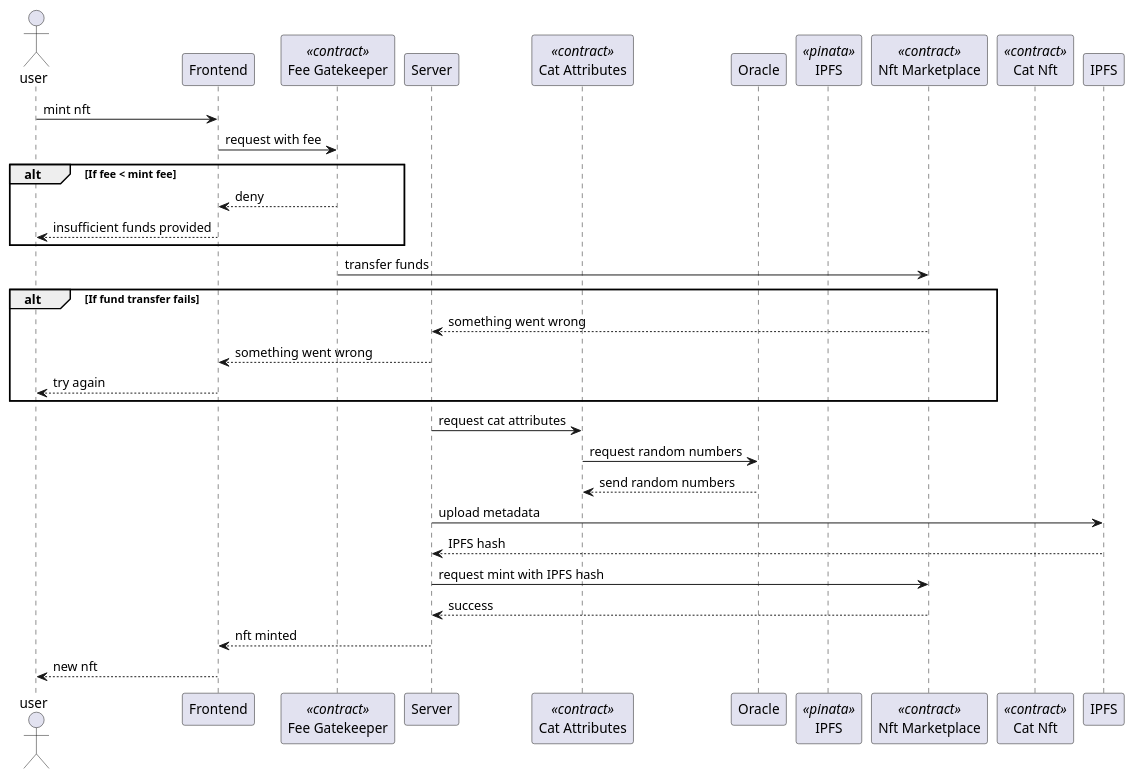
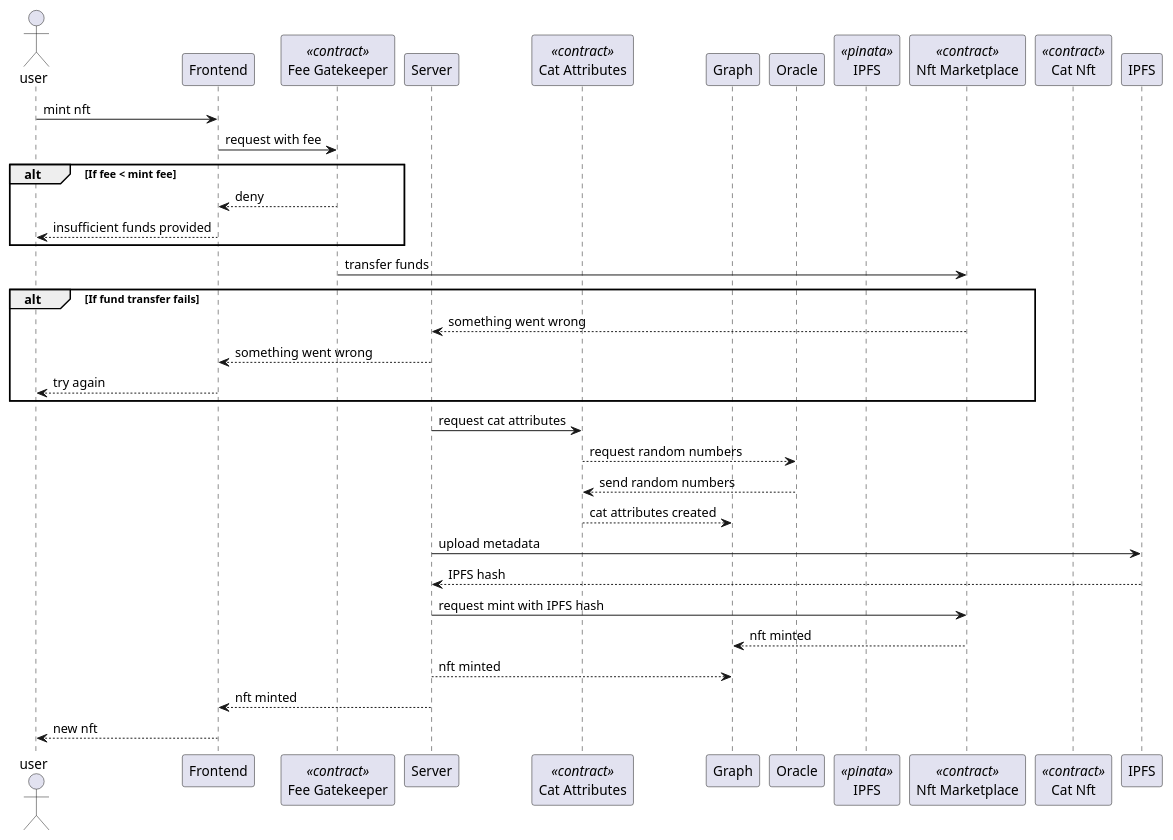
One commit to tmpoe/soa-nft-marketplace changed the diagram in docs/backend_heavy_sequence_diagram.md. Above: the diagram before and after it, drawn with PlantUML.

Commit message:
Update doc to include graph

````diff
--- a/docs/backend_heavy_sequence_diagram.md
+++ b/docs/backend_heavy_sequence_diagram.md
@@ -1,44 +1,48 @@
 ```plantuml
 @startuml
 actor user
 participant Frontend as frontend
 participant "Fee Gatekeeper" as fee_gatekeeper <<contract>>
 participant "Server" as server
 participant "Cat Attributes" as cat_attributes <<contract>>
+participant "Graph" as graph
 participant "Oracle" as oracle
 participant "IPFS" as ipfs <<pinata>>
 participant "Nft Marketplace" as nft_marketplace <<contract>>
 participant "Cat Nft" as cat_nft <<contract>>
 
 user -> frontend : mint nft
 frontend -> fee_gatekeeper : request with fee
 
 alt If fee < mint fee
     fee_gatekeeper --> frontend : deny
     frontend --> user : insufficient funds provided
 end
 
 fee_gatekeeper -> nft_marketplace : transfer funds
 
 alt If fund transfer fails
     nft_marketplace --> server : something went wrong
     server --> frontend : something went wrong
     frontend --> user : try again
 end
 
 server -> cat_attributes : request cat attributes
-cat_attributes -> oracle : request random numbers
+cat_attributes --> oracle : request random numbers
+
 oracle --> cat_attributes : send random numbers
+cat_attributes --> graph : cat attributes created
 
 server -> IPFS : upload metadata
 IPFS --> server : IPFS hash
 
 ' No error handling here for now
 server -> nft_marketplace : request mint with IPFS hash
-nft_marketplace --> server : success
+nft_marketplace --> graph : nft minted
+server --> graph : nft minted
 server --> frontend : nft minted
 frontend --> user : new nft
 
 
 @enduml
 ```
````
